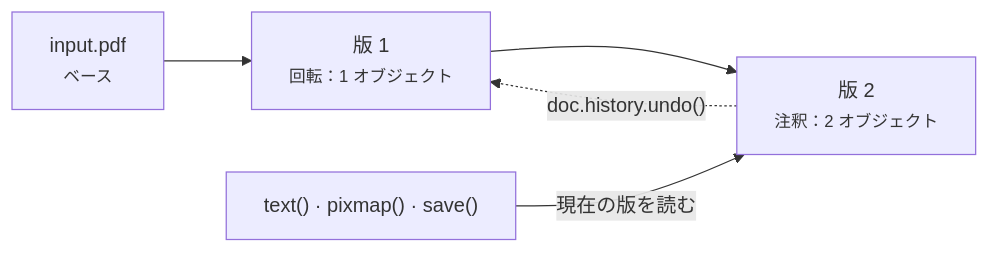
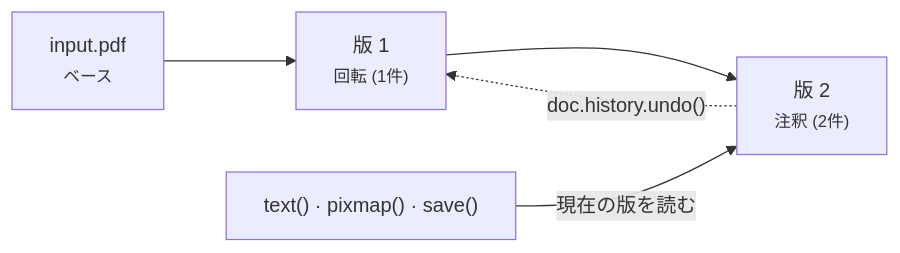
Before and after one commit to yhay81/pyropdf: the diagram in docs/ja/concepts.md, drawn with Mermaid. The commit also changed other lines of this file and 50 other files, not shown here.

````diff
--- a/docs/ja/concepts.md
+++ b/docs/ja/concepts.md
@@ -72,10 +33,10 @@
 ```mermaid
 flowchart LR
   base["input.pdf<br><small>ベース</small>"]
-  v1["版 1<br><small>回転：1 オブジェクト</small>"]
-  v2["版 2<br><small>注釈：2 オブジェクト</small>"]
+  v1["版 1<br><small>回転 (1件)</small>"]
+  v2["版 2<br><small>注釈 (2件)</small>"]
   readers["text() · pixmap() · save()"]
   base --> v1 --> v2
   v2 -. "doc.history.undo()" .-> v1
   readers -- "現在の版を読む" --> v2
 ```
````
